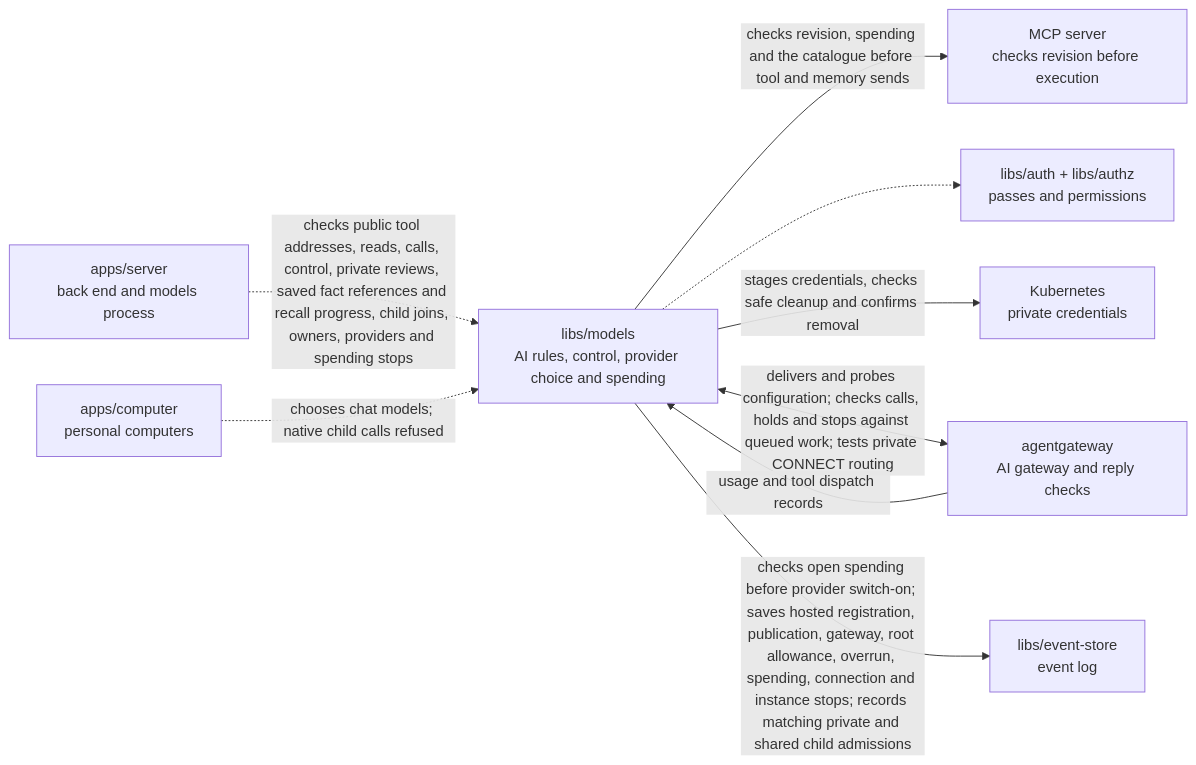
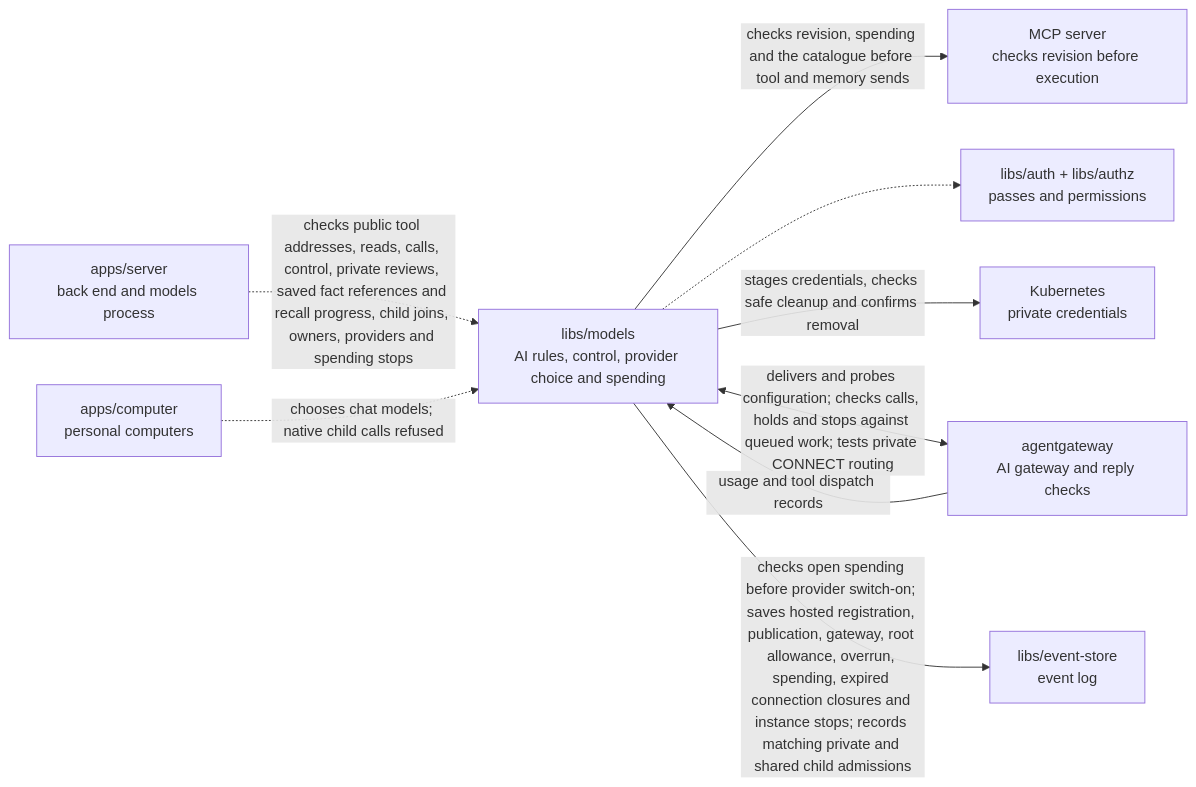
One commit to elewa-git/opencrane-new changed the diagram in libs/models/README.md. Above: the diagram before and after it, drawn with Mermaid. The commit also changed other lines of this file and 13 other files, not shown here.

Commit message:
🔐 Close expired bearer saves before exact secret cleanup

````diff
--- a/libs/models/README.md
+++ b/libs/models/README.md
@@ -14,11 +14,11 @@
 ```mermaid
 flowchart LR
   server["apps/server<br/>back end and models process"] -.->|checks public tool addresses, reads, calls, control, private reviews, saved fact references and recall progress, child joins, owners, providers and spending stops| models["libs/models<br/>AI rules, control, provider choice and spending"]
   models -->|checks revision, spending and the catalogue before tool and memory sends| mcp["MCP server<br/>checks revision before execution"]
   computer["apps/computer<br/>personal computers"] -.->|chooses chat models; native child calls refused| models
   models -.-> auth["libs/auth + libs/authz<br/>passes and permissions"]
   models -->|stages credentials, checks safe cleanup and confirms removal| custody["Kubernetes<br/>private credentials"]
   models <-->|delivers and probes configuration; checks calls, holds and stops against queued work; tests private CONNECT routing| gateway["agentgateway<br/>AI gateway and reply checks"]
   gateway -->|usage and tool dispatch records| models
-  models -->|checks open spending before provider switch-on; saves hosted registration, publication, gateway, root allowance, overrun, spending, connection and instance stops; records matching private and shared child admissions| store["libs/event-store<br/>event log"]
+  models -->|checks open spending before provider switch-on; saves hosted registration, publication, gateway, root allowance, overrun, spending, expired connection closures and instance stops; records matching private and shared child admissions| store["libs/event-store<br/>event log"]
 ```
````
